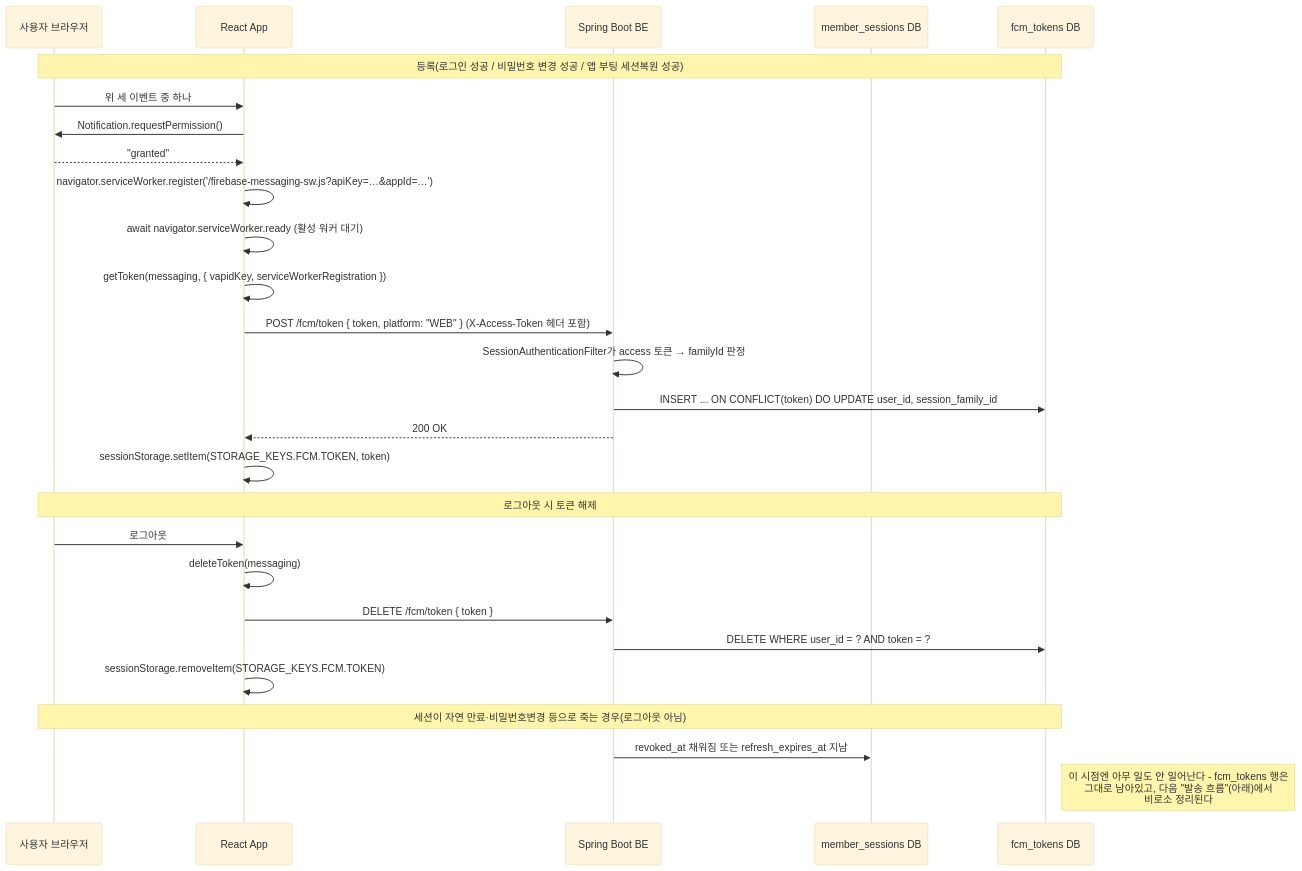
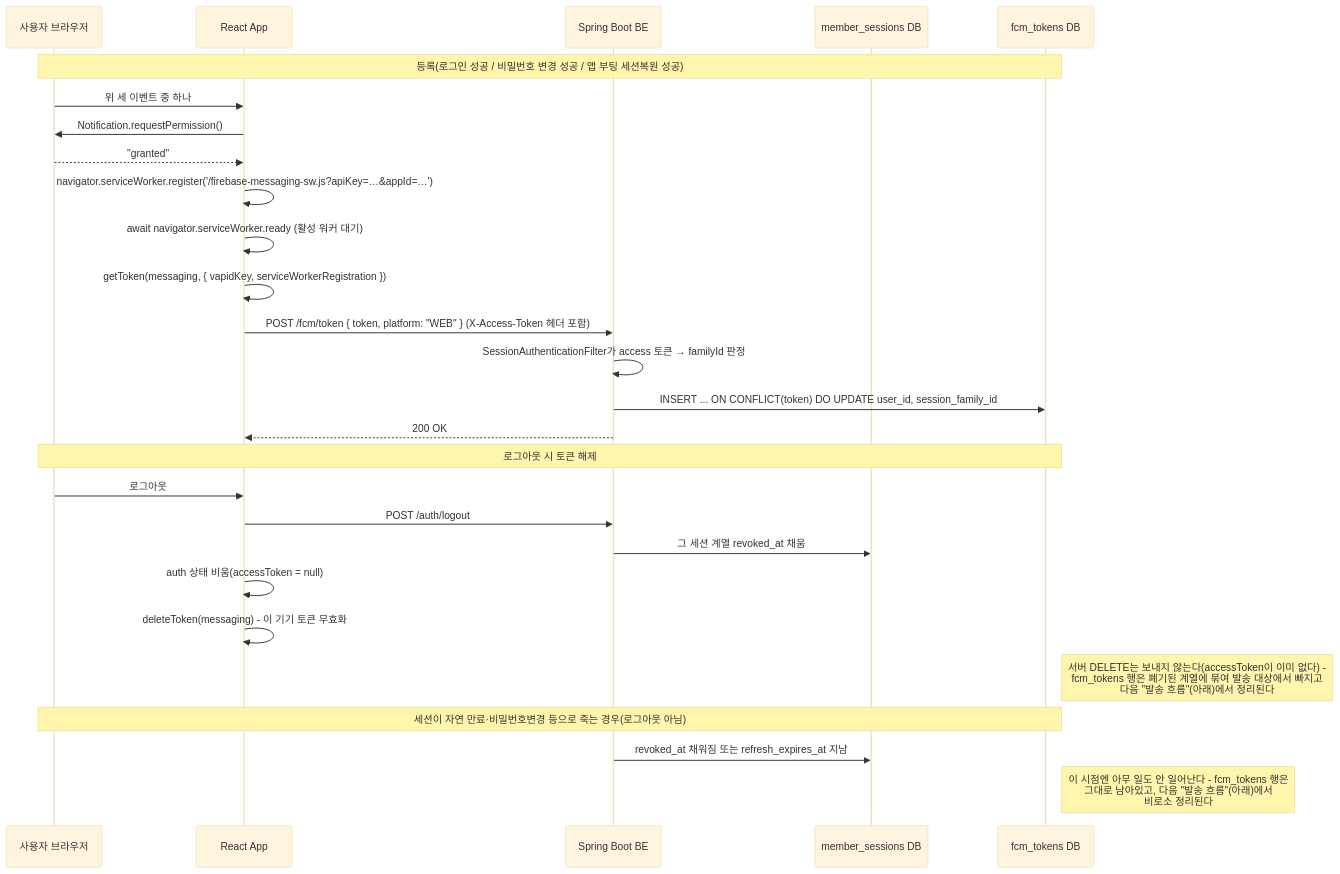
Before and after one commit to BAECHAN/link-sphere_FE_NEW: the second of 3 diagrams in docs/FCM-PUSH-NOTIFICATION.md, drawn with Mermaid (base theme). The commit also changed other lines of this file and 4 other files, not shown here.

````diff
--- a/docs/FCM-PUSH-NOTIFICATION.md
+++ b/docs/FCM-PUSH-NOTIFICATION.md
@@ -130,32 +130,32 @@
 ```mermaid
 sequenceDiagram
   participant User as 사용자 브라우저
   participant FE as React App
   participant BE as Spring Boot BE
   participant SessDB as member_sessions DB
   participant DB as fcm_tokens DB
 
   Note over User,DB: 등록(로그인 성공 / 비밀번호 변경 성공 / 앱 부팅 세션복원 성공)
   User->>FE: 위 세 이벤트 중 하나
   FE->>User: Notification.requestPermission()
   User-->>FE: "granted"
   FE->>FE: navigator.serviceWorker.register('/firebase-messaging-sw.js?apiKey=…&appId=…')
   FE->>FE: await navigator.serviceWorker.ready (활성 워커 대기)
   FE->>FE: getToken(messaging, { vapidKey, serviceWorkerRegistration })
   FE->>BE: POST /fcm/token { token, platform: "WEB" } (X-Access-Token 헤더 포함)
   BE->>BE: SessionAuthenticationFilter가 access 토큰 → familyId 판정
   BE->>DB: INSERT ... ON CONFLICT(token) DO UPDATE user_id, session_family_id
   BE-->>FE: 200 OK
-  FE->>FE: sessionStorage.setItem(STORAGE_KEYS.FCM.TOKEN, token)
 
   Note over User,DB: 로그아웃 시 토큰 해제
   User->>FE: 로그아웃
-  FE->>FE: deleteToken(messaging)
-  FE->>BE: DELETE /fcm/token { token }
-  BE->>DB: DELETE WHERE user_id = ? AND token = ?
-  FE->>FE: sessionStorage.removeItem(STORAGE_KEYS.FCM.TOKEN)
+  FE->>BE: POST /auth/logout
+  BE->>SessDB: 그 세션 계열 revoked_at 채움
+  FE->>FE: auth 상태 비움(accessToken = null)
+  FE->>FE: deleteToken(messaging) - 이 기기 토큰 무효화
+  Note right of DB: 서버 DELETE는 보내지 않는다(accessToken이 이미 없다) -<br/>fcm_tokens 행은 폐기된 계열에 묶여 발송 대상에서 빠지고<br/>다음 "발송 흐름"(아래)에서 정리된다
 
   Note over User,DB: 세션이 자연 만료·비밀번호변경 등으로 죽는 경우(로그아웃 아님)
   BE->>SessDB: revoked_at 채워짐 또는 refresh_expires_at 지남
   Note right of DB: 이 시점엔 아무 일도 안 일어난다 - fcm_tokens 행은<br/>그대로 남아있고, 다음 "발송 흐름"(아래)에서<br/>비로소 정리된다
 ```
````
